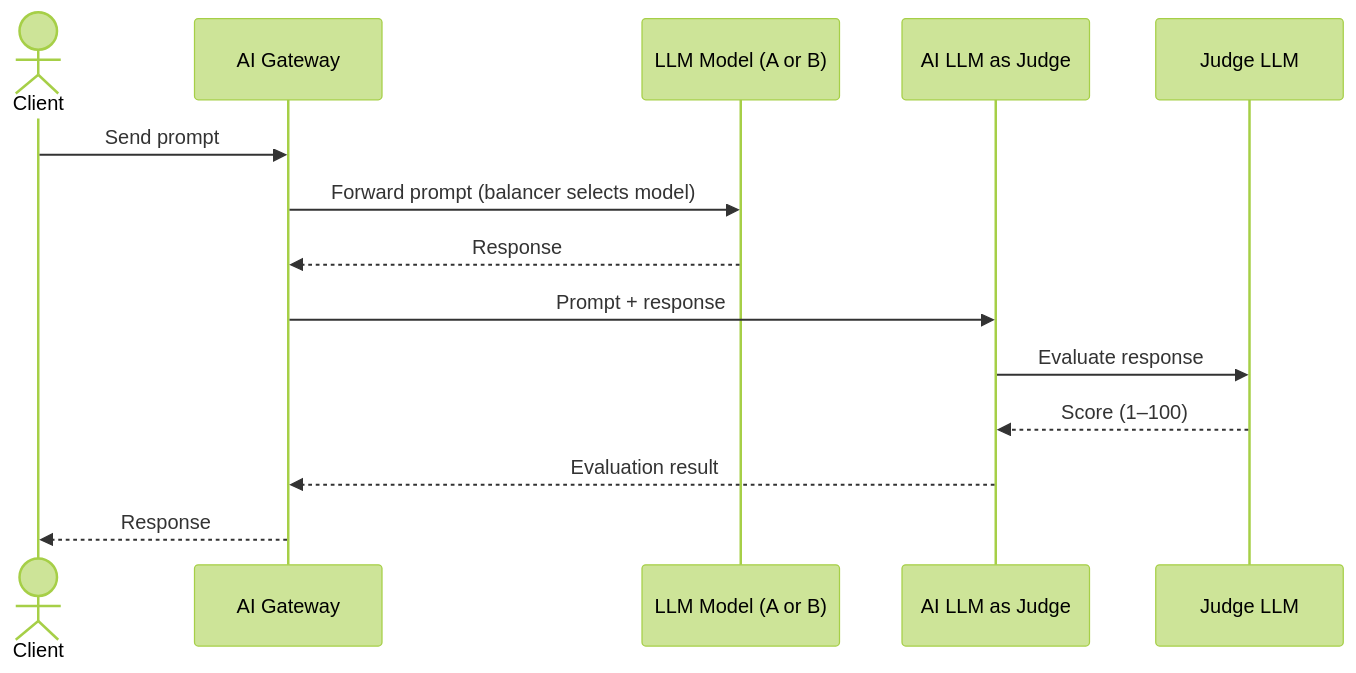
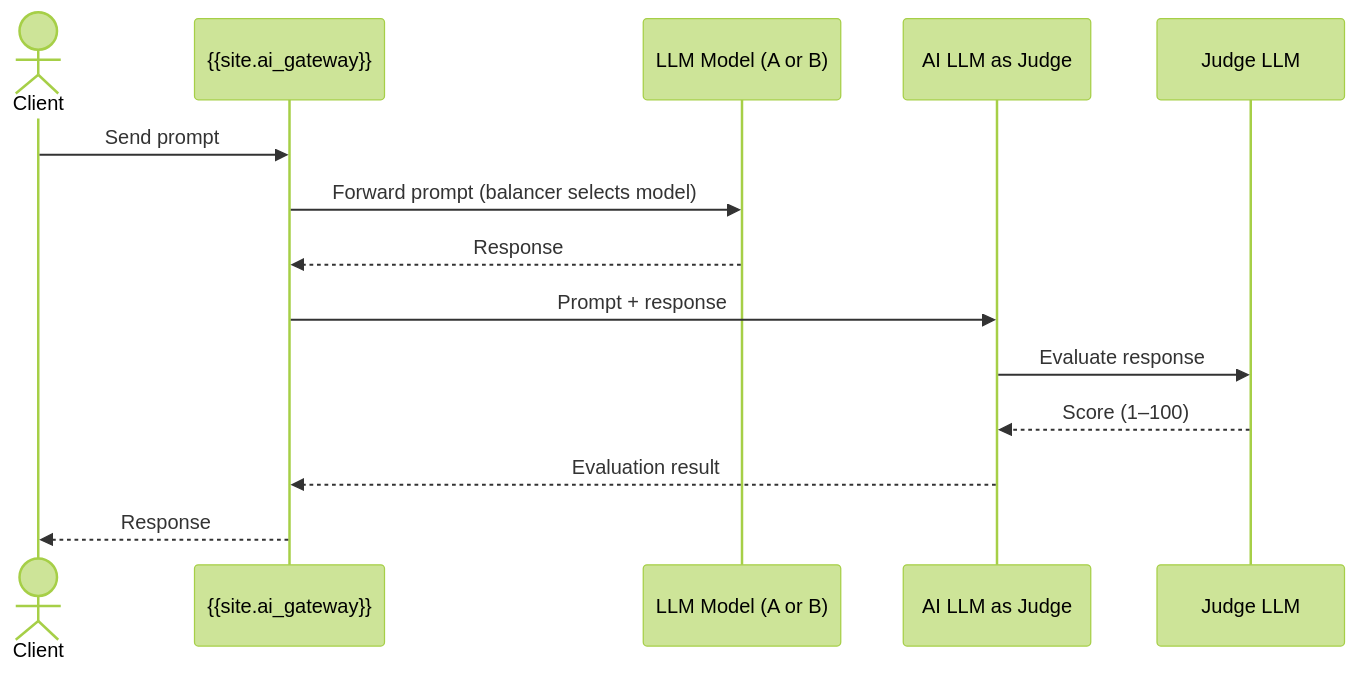
One commit to Kong/developer.konghq.com changed the diagram in app/_ai_gateway_policies/ai-llm-as-judge/index.md. Above: the diagram before and after it, drawn with Mermaid (forest theme). The commit also changed other lines of this file, not shown here.

```diff
--- a/app/_ai_gateway_policies/ai-llm-as-judge/index.md
+++ b/app/_ai_gateway_policies/ai-llm-as-judge/index.md
@@ -49,17 +50,17 @@
 {% mermaid %}
 sequenceDiagram
     actor Client
-    participant AIGW as AI Gateway
+    participant AIGW as {{site.ai_gateway}}
     participant LLM as LLM Model (A or B)
     participant Judge as AI LLM as Judge
     participant JudgeLLM as Judge LLM
 
     Client->>AIGW: Send prompt
     AIGW->>LLM: Forward prompt (balancer selects model)
     LLM-->>AIGW: Response
     AIGW ->>Judge: Prompt + response
     Judge->>JudgeLLM: Evaluate response
     JudgeLLM-->>Judge: Score (1–100)
     Judge-->>AIGW: Evaluation result
     AIGW-->>Client: Response
 {% endmermaid %}
```
